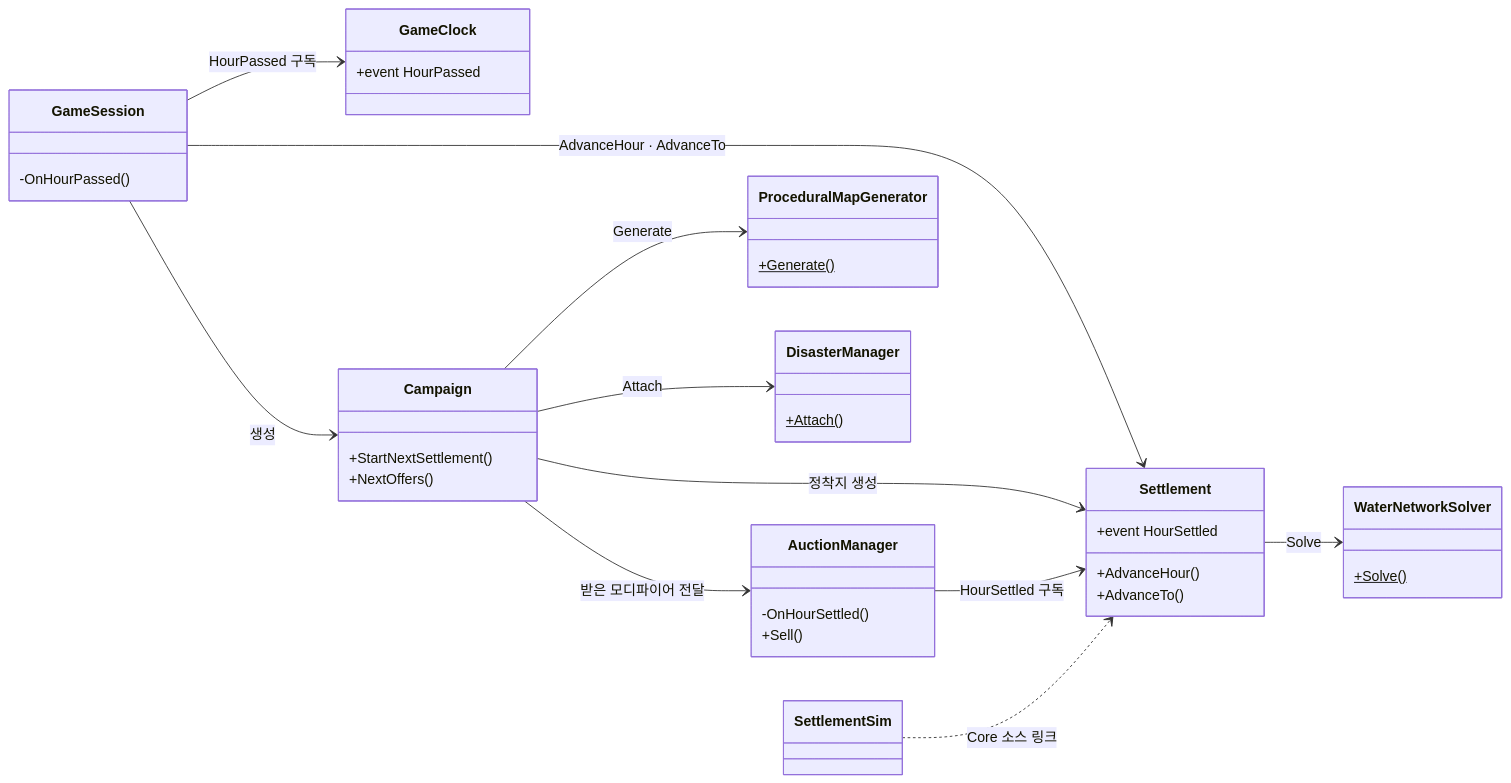
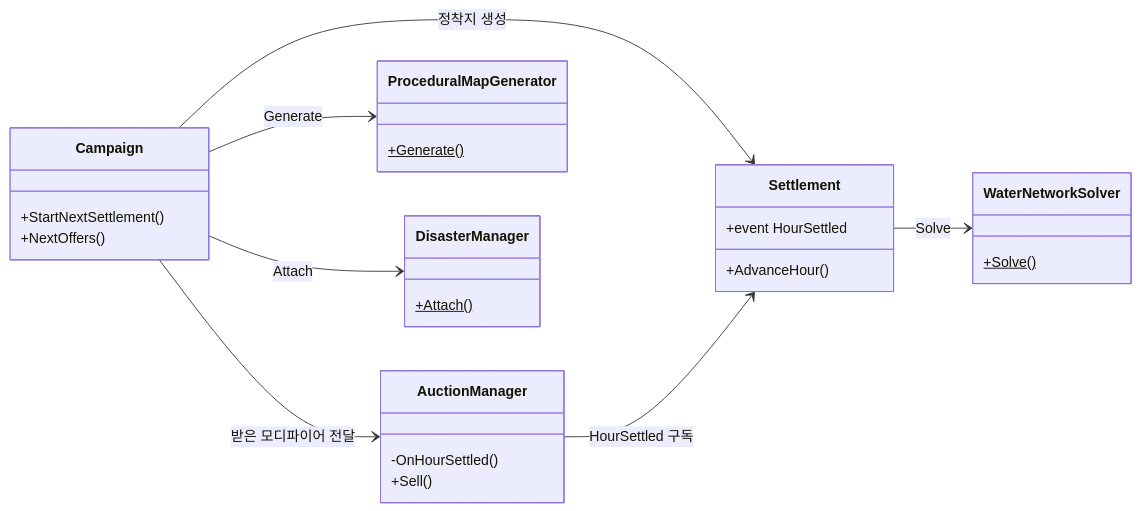
One commit to ashadeveloperr/ashadeveloperr.github.io changed the second of 2 diagrams in src/3-desert-settlement/기술문서.md. Above: the diagram before and after it, drawn with Mermaid. The commit also changed 3 other files, not shown here.

Commit message:
1.4 구조 다이어그램을 둘로 나눔(Folk Sack·Desert Flavor)

````diff
--- a/src/3-desert-settlement/기술문서.md
+++ b/src/3-desert-settlement/기술문서.md
@@ -60,52 +90,37 @@
 ```mermaid
 classDiagram
   direction LR
-  %% GameSession.cs 123~124
-  GameSession --> GameClock : HourPassed 구독
-  %% GameSession.cs 100
-  GameSession --> Campaign : 생성
-  %% GameSession.cs 134, 145
-  GameSession --> Settlement : AdvanceHour · AdvanceTo
   %% Campaign.cs 130
   Campaign --> Settlement : 정착지 생성
   %% Campaign.cs 131
   Campaign --> AuctionManager : 받은 모디파이어 전달
   %% Campaign.cs 176
   Campaign --> ProceduralMapGenerator : Generate
   %% Campaign.cs 134
   Campaign --> DisasterManager : Attach
   %% AuctionManager.cs 145
   AuctionManager --> Settlement : HourSettled 구독
   %% 원본 Settlement.Water.cs 90
   Settlement --> WaterNetworkSolver : Solve
-  %% SettlementSim.csproj 13~19
-  SettlementSim ..> Settlement : Core 소스 링크
-  class GameSession {
-    -OnHourPassed()
-  }
-  class GameClock {
-    +event HourPassed
-  }
   class Campaign {
     +StartNextSettlement()
     +NextOffers()
   }
   class Settlement {
     +event HourSettled
     +AdvanceHour()
-    +AdvanceTo()
   }
   class AuctionManager {
     -OnHourSettled()
     +Sell()
   }
   class ProceduralMapGenerator {
     +Generate()$
   }
   class DisasterManager {
     +Attach()$
   }
   class WaterNetworkSolver {
     +Solve()$
   }
 ```
````
